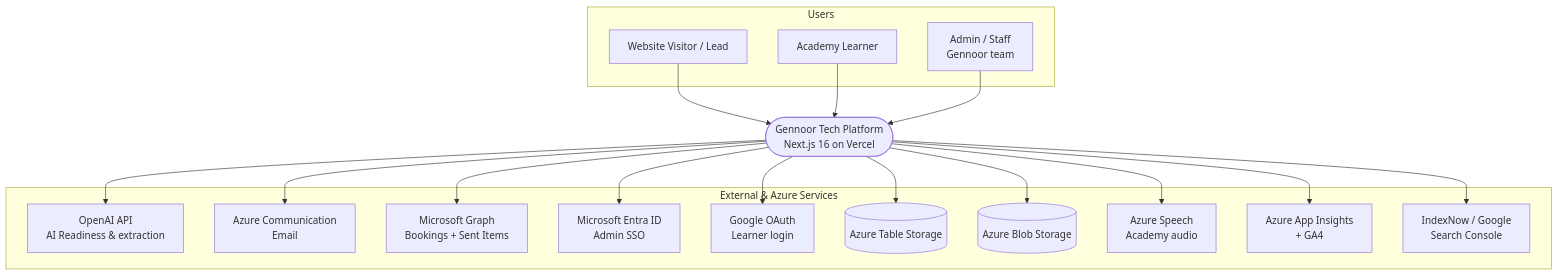
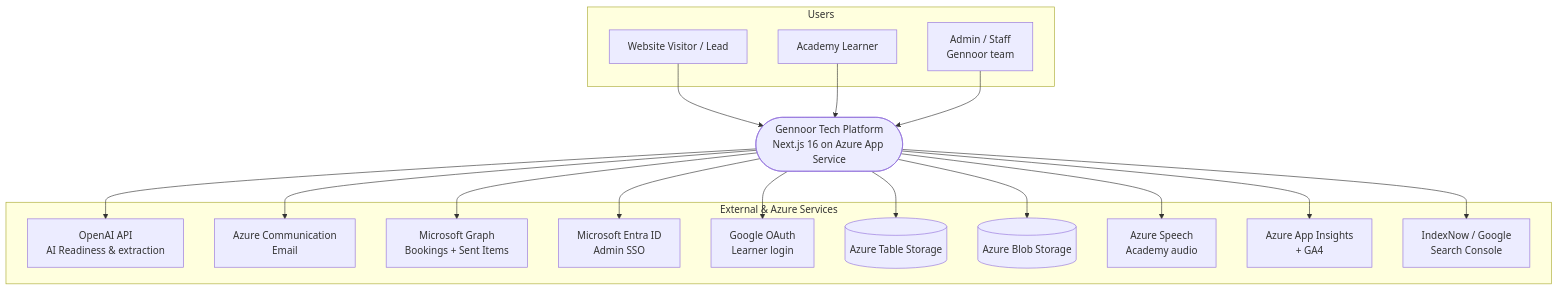
The first of 9 diagrams in docs/ARCHITECTURE.md (lostspace003/gennoor-tech), drawn with Mermaid before and after one commit. The commit also changed other lines of this file and 10 other files, not shown here.

````diff
--- a/docs/ARCHITECTURE.md
+++ b/docs/ARCHITECTURE.md
@@ -13,38 +13,38 @@
 ```mermaid
 graph TB
     subgraph Users
         V[Website Visitor / Lead]
         L[Academy Learner]
         A[Admin / Staff<br/>Gennoor team]
     end
 
-    APP([Gennoor Tech Platform<br/>Next.js 16 on Vercel])
+    APP([Gennoor Tech Platform<br/>Next.js 16 on Azure App Service])
 
     subgraph External["External & Azure Services"]
         OAI[OpenAI API<br/>AI Readiness & extraction]
         ACE[Azure Communication<br/>Email]
         GRAPH[Microsoft Graph<br/>Bookings + Sent Items]
         ENTRA[Microsoft Entra ID<br/>Admin SSO]
         GOOG[Google OAuth<br/>Learner login]
         TABLES[(Azure Table Storage)]
         BLOB[(Azure Blob Storage)]
         SPEECH[Azure Speech<br/>Academy audio]
         AI_INS[Azure App Insights<br/>+ GA4]
         SEO[IndexNow / Google<br/>Search Console]
     end
 
     V --> APP
     L --> APP
     A --> APP
 
     APP --> OAI
     APP --> ACE
     APP --> GRAPH
     APP --> ENTRA
     APP --> GOOG
     APP --> TABLES
     APP --> BLOB
     APP --> SPEECH
     APP --> AI_INS
     APP --> SEO
 ```
````
